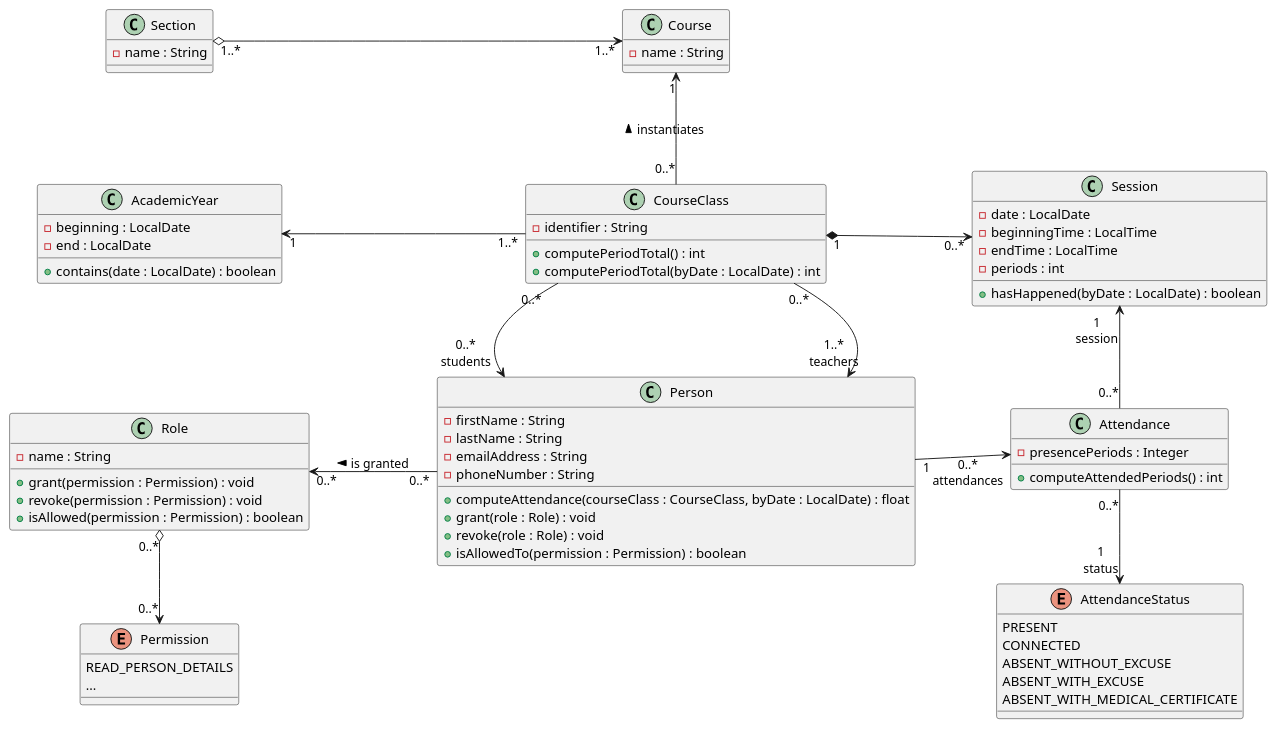
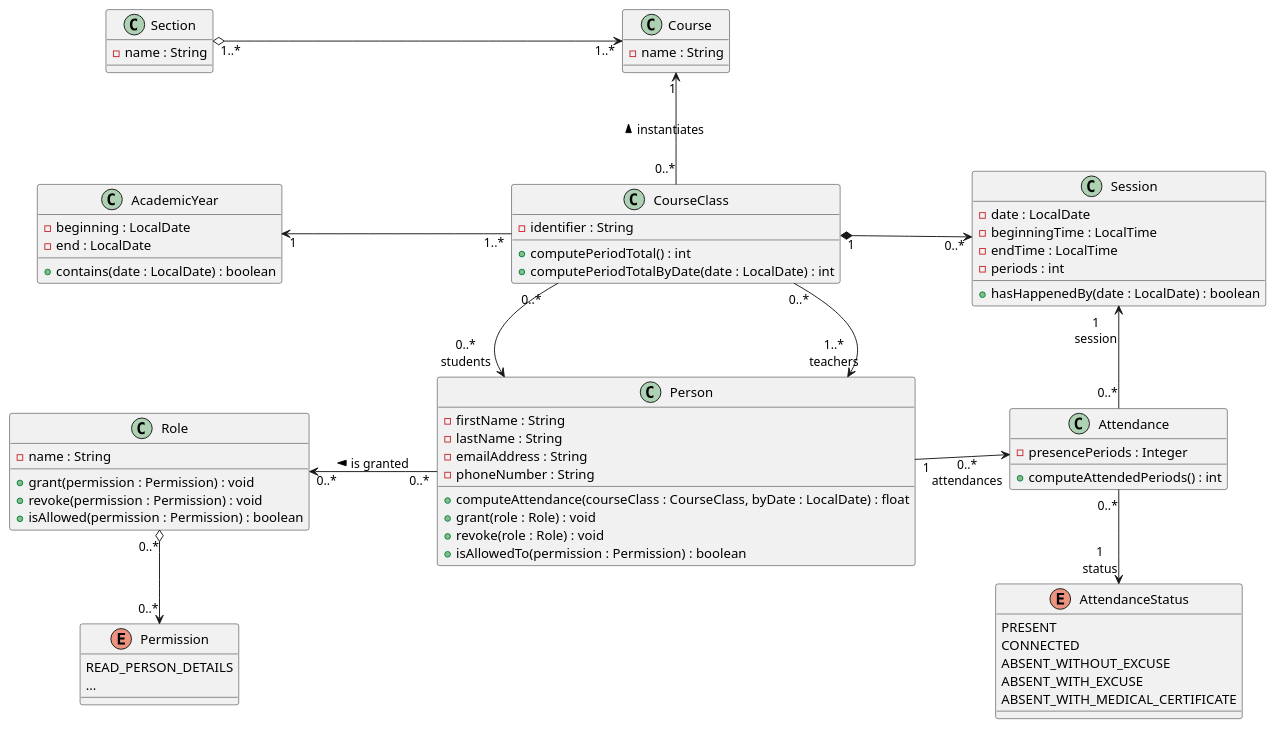
Before and after one commit to EAFC-Uccle-PROJINT-A1-2122/backend-projet-froland: the diagram in demo-course_attendance.puml, drawn with PlantUML. The commit also changed 3 other files, not shown here.

Commit message:
Implement computePeriodTotal methods.

```diff
--- a/demo-course_attendance.puml
+++ b/demo-course_attendance.puml
@@ -1,71 +1,71 @@
 @startuml conception_classes
 left to right direction
 skinparam nodesep 100
 
 class Section {
   -name : String
 }
 class Course {
   -name : String
 }
 class AcademicYear {
   -beginning : LocalDate
   -end : LocalDate
   +contains(date : LocalDate) : boolean
 }
 enum Permission {
   READ_PERSON_DETAILS
   ...
 }
 class Role {
   -name : String
   +grant(permission : Permission) : void
   +revoke(permission : Permission) : void
   +isAllowed(permission : Permission) : boolean
 }
 class Person {
   -firstName : String
   -lastName : String
   -emailAddress : String
   -phoneNumber : String
   +computeAttendance(courseClass : CourseClass, byDate : LocalDate) : float
   +grant(role : Role) : void
   +revoke(role : Role) : void
   +isAllowedTo(permission : Permission) : boolean
 }
 class Session {
   -date : LocalDate
   -beginningTime : LocalTime
   -endTime : LocalTime
   -periods : int
-  +hasHappened(byDate : LocalDate) : boolean
+  +hasHappenedBy(date : LocalDate) : boolean
 }
 class Attendance {
   -presencePeriods : Integer
   +computeAttendedPeriods() : int
 }
 enum AttendanceStatus {
   PRESENT
   CONNECTED
   ABSENT_WITHOUT_EXCUSE
   ABSENT_WITH_EXCUSE
   ABSENT_WITH_MEDICAL_CERTIFICATE
 }
 class CourseClass {
   -identifier : String
   +computePeriodTotal() : int
-  +computePeriodTotal(byDate : LocalDate) : int
+  +computePeriodTotalByDate(date : LocalDate) : int
 }
 
 Section "1..*" o--> "1..*" Course
 Course "1" <- "0..*" CourseClass : instantiates <
 AcademicYear "1" <-- "1..*" CourseClass
 CourseClass "0..*" -> "1..*\nteachers" Person
 CourseClass "0..*" -> "0..*\nstudents" Person
 CourseClass "1" *--> "0..*" Session
 Role "0..*" <-- "0..*" Person : is granted <
 Role "0..*" o-> "0..*" Permission
 Person "1" --> "0..*\nattendances" Attendance
 Session "1\nsession" <- "0..*" Attendance
 Attendance "0..*" -> "1\nstatus" AttendanceStatus
 @enduml
```
